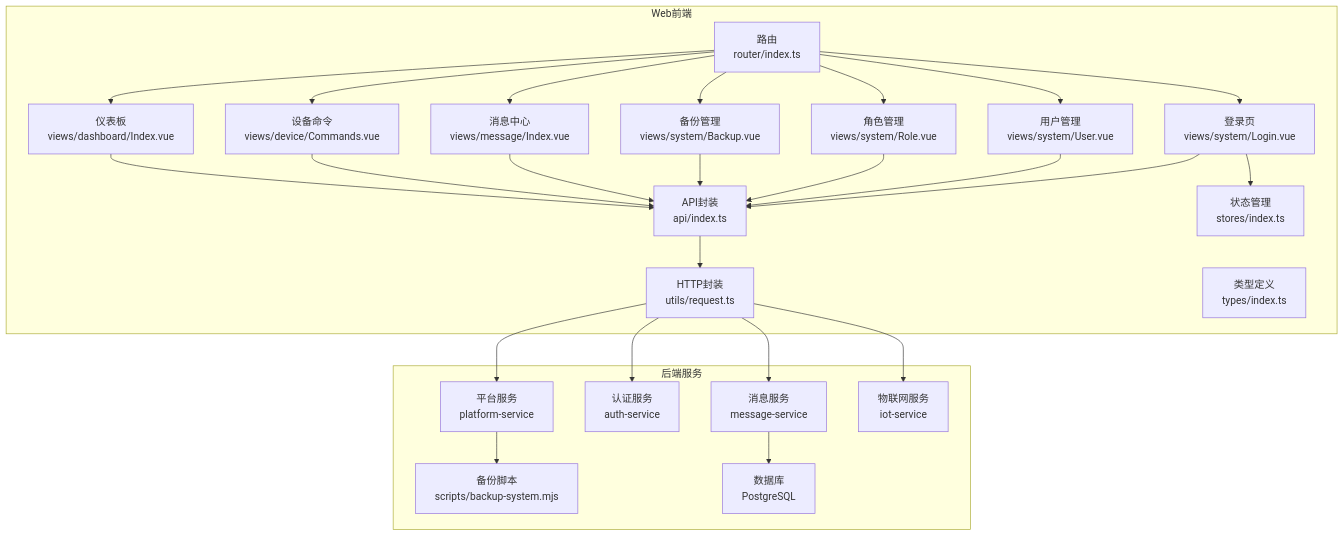
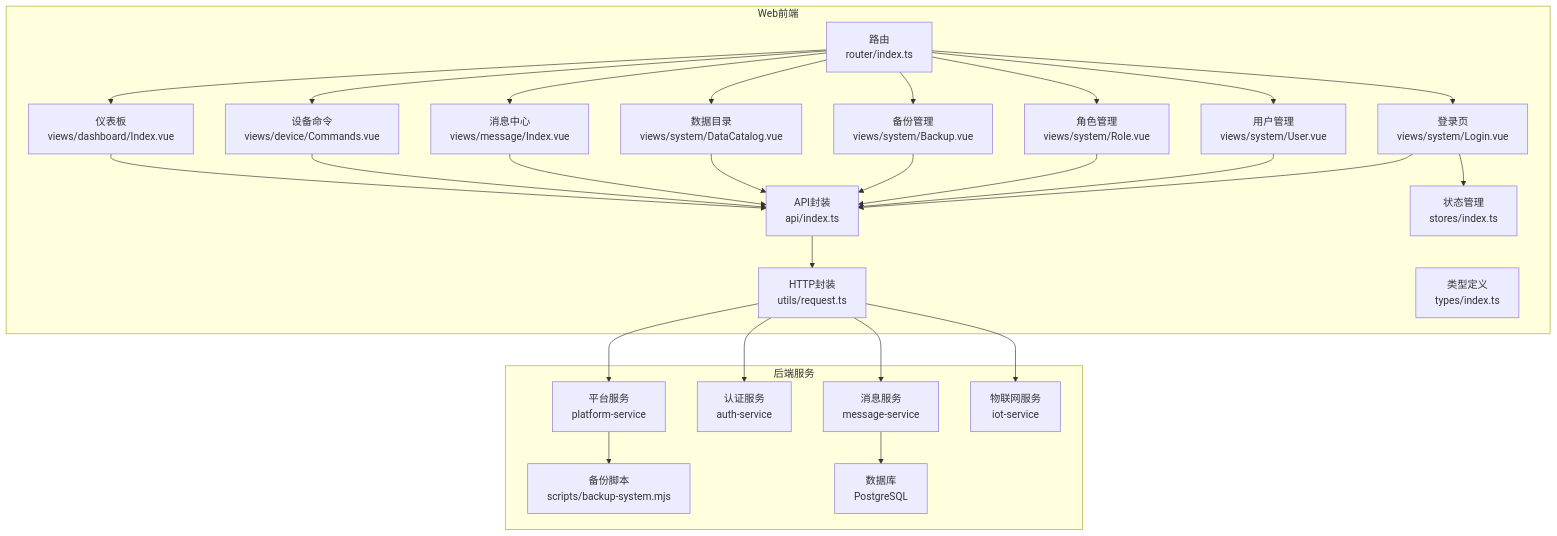
One commit to q446328246/agri-platform changed the first of 14 diagrams in .qoder/repowiki/zh/content/前端应用文档/核心页面/系统管理页面/系统管理页面.md. Above: the diagram before and after it, drawn with Mermaid. The commit also changed other lines of this file and 47 other files, not shown here.

````diff
--- a/.qoder/repowiki/zh/content/前端应用文档/核心页面/系统管理页面/系统管理页面.md
+++ b/.qoder/repowiki/zh/content/前端应用文档/核心页面/系统管理页面/系统管理页面.md
@@ -69,47 +70,50 @@
 ```mermaid
 graph TB
 subgraph "Web前端"
 R["路由<br/>router/index.ts"]
 V1["登录页<br/>views/system/Login.vue"]
 V2["用户管理<br/>views/system/User.vue"]
 V3["角色管理<br/>views/system/Role.vue"]
 V4["备份管理<br/>views/system/Backup.vue"]
-V5["消息中心<br/>views/message/Index.vue"]
-V6["设备命令<br/>views/device/Commands.vue"]
-V7["仪表板<br/>views/dashboard/Index.vue"]
+V5["数据目录<br/>views/system/DataCatalog.vue"]
+V6["消息中心<br/>views/message/Index.vue"]
+V7["设备命令<br/>views/device/Commands.vue"]
+V8["仪表板<br/>views/dashboard/Index.vue"]
 A["API封装<br/>api/index.ts"]
 S["状态管理<br/>stores/index.ts"]
 H["HTTP封装<br/>utils/request.ts"]
 T["类型定义<br/>types/index.ts"]
 end
 subgraph "后端服务"
 PS["平台服务<br/>platform-service"]
 AS["认证服务<br/>auth-service"]
 MS["消息服务<br/>message-service"]
 IS["物联网服务<br/>iot-service"]
 BS["备份脚本<br/>scripts/backup-system.mjs"]
 DB["数据库<br/>PostgreSQL"]
 end
 R --> V1
 R --> V2
 R --> V3
 R --> V4
 R --> V5
 R --> V6
 R --> V7
+R --> V8
 V1 --> A
 V2 --> A
 V3 --> A
 V4 --> A
 V5 --> A
 V6 --> A
 V7 --> A
+V8 --> A
 A --> H
 V1 --> S
 H --> PS
 H --> AS
 H --> MS
 H --> IS
 PS --> BS
 MS --> DB
 ```
````
